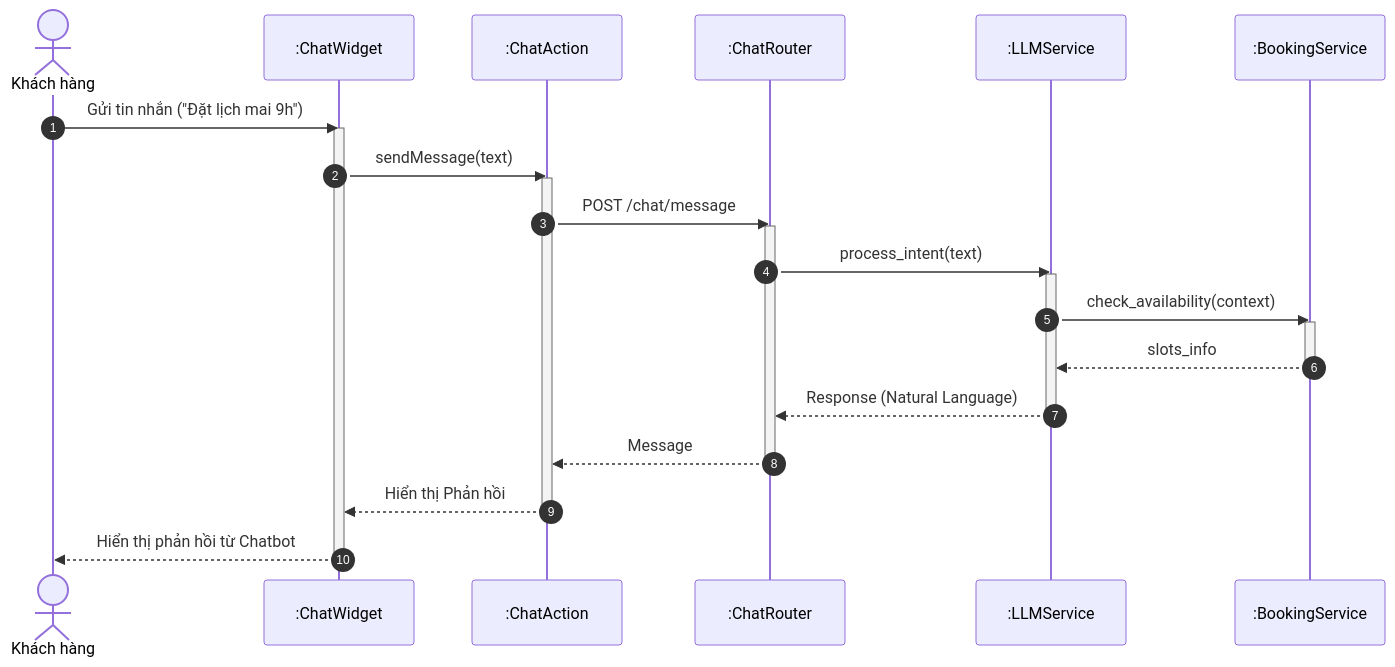
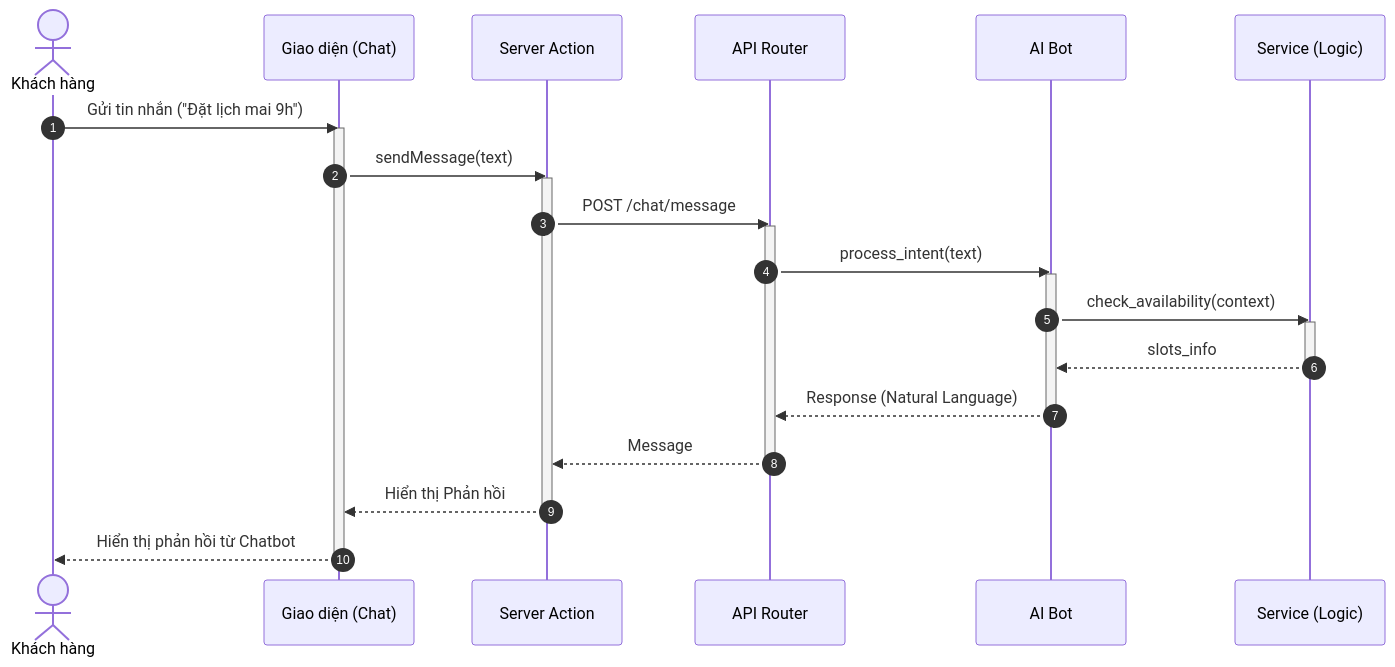
Before and after one commit to ngoctinn/Synapse: the fifth of 8 diagrams in docs/design/sequences/customer_flows.md, drawn with Mermaid. The commit also changed 1 other file, not shown here.

Commit message:
feat: Add sequence diagrams for customer and receptionist activities.

````diff
--- a/docs/design/sequences/customer_flows.md
+++ b/docs/design/sequences/customer_flows.md
@@ -218,36 +218,36 @@
 ```mermaid
 sequenceDiagram
     autonumber
     actor KH as Khách hàng
-    participant UI as :ChatWidget
-    participant BFF as :ChatAction
-    participant API as :ChatRouter
-    participant AI as :LLMService
-    participant S as :BookingService
+    participant UI as Giao diện (Chat)
+    participant BFF as Server Action
+    participant API as API Router
+    participant AI as AI Bot
+    participant S as Service (Logic)
 
     KH->>UI: Gửi tin nhắn ("Đặt lịch mai 9h")
     activate UI
     UI->>BFF: sendMessage(text)
     activate BFF
 
     BFF->>API: POST /chat/message
     activate API
 
     API->>AI: process_intent(text)
     activate AI
     AI->>S: check_availability(context)
     activate S
     S-->>AI: slots_info
     deactivate S
     AI-->>API: Response (Natural Language)
     deactivate AI
 
     API-->>BFF: Message
     deactivate API
 
     BFF-->>UI: Hiển thị Phản hồi
     deactivate BFF
 
     UI-->>KH: Hiển thị phản hồi từ Chatbot
     deactivate UI
 ```
````
